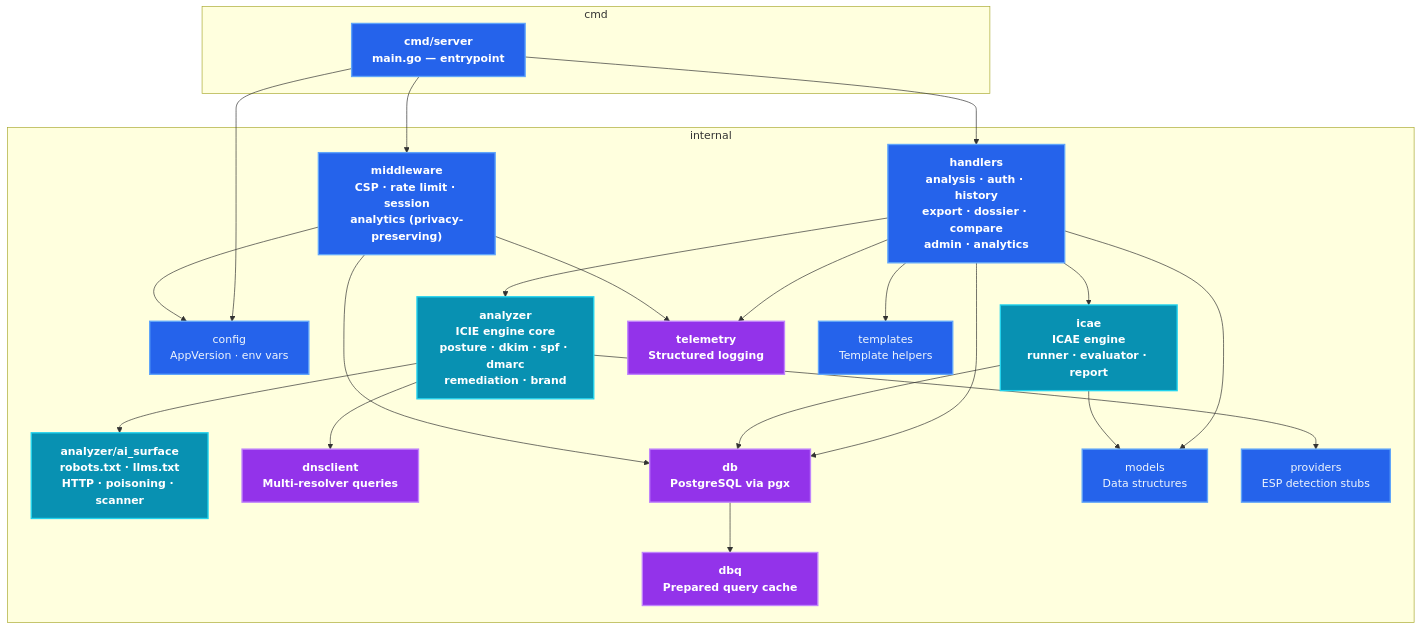
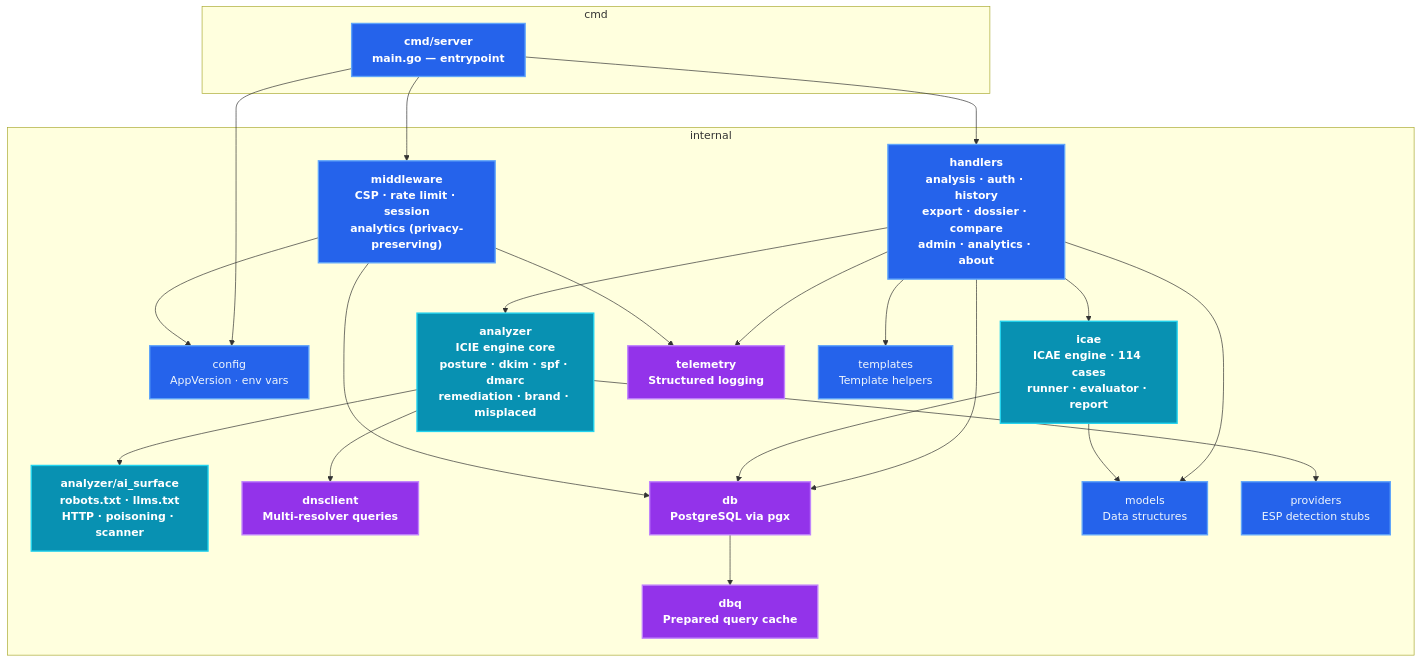
Before and after one commit to careyjames/DnsToolWeb: the eighth of 8 diagrams in docs/architecture/SYSTEM_ARCHITECTURE.md, drawn with Mermaid. The commit also changed other lines of this file and 5 other files, not shown here.

First line of the commit message:
Update website architecture and add new DMARC detection feature

````diff
--- a/docs/architecture/SYSTEM_ARCHITECTURE.md
+++ b/docs/architecture/SYSTEM_ARCHITECTURE.md
@@ -388,39 +466,39 @@
 ```mermaid
 graph TB
     subgraph "cmd"
         Server["cmd/server<br/>main.go — entrypoint"]
     end
 
     subgraph "internal"
         Config["config<br/>AppVersion · env vars"]
         Middleware["middleware<br/>CSP · rate limit · session<br/>analytics (privacy-preserving)"]
-        Handlers["handlers<br/>analysis · auth · history<br/>export · dossier · compare<br/>admin · analytics"]
-        Analyzer["analyzer<br/>ICIE engine core<br/>posture · dkim · spf · dmarc<br/>remediation · brand"]
+        Handlers["handlers<br/>analysis · auth · history<br/>export · dossier · compare<br/>admin · analytics · about"]
+        Analyzer["analyzer<br/>ICIE engine core<br/>posture · dkim · spf · dmarc<br/>remediation · brand · misplaced"]
         AISurface["analyzer/ai_surface<br/>robots.txt · llms.txt<br/>HTTP · poisoning · scanner"]
-        ICAE2["icae<br/>ICAE engine<br/>runner · evaluator · report"]
+        ICAE2["icae<br/>ICAE engine · 114 cases<br/>runner · evaluator · report"]
         DNSClient2["dnsclient<br/>Multi-resolver queries"]
         DB2["db<br/>PostgreSQL via pgx"]
         DBQ["dbq<br/>Prepared query cache"]
         Models["models<br/>Data structures"]
         Providers["providers<br/>ESP detection stubs"]
         Telemetry["telemetry<br/>Structured logging"]
         Templates3["templates<br/>Template helpers"]
     end
 
     Server --> Config & Middleware & Handlers
     Handlers --> Analyzer & ICAE2 & DB2 & Models & Templates3
     Analyzer --> DNSClient2 & Providers & AISurface
     ICAE2 --> DB2 & Models
     Handlers --> Telemetry
     DB2 --> DBQ
     Middleware --> Config & Telemetry & DB2
 
     classDef default fill:#2563eb,stroke:#60a5fa,stroke-width:2px,color:#f0f6fc
     classDef core fill:#2563eb,stroke:#60a5fa,stroke-width:2px,color:#fff,font-weight:bold
     classDef engine fill:#0891b2,stroke:#22d3ee,stroke-width:2px,color:#fff,font-weight:bold
     classDef infra fill:#9333ea,stroke:#c084fc,stroke-width:2px,color:#fff,font-weight:bold
     class Analyzer,AISurface,ICAE2 engine
     class Server,Handlers,Middleware core
     class DB2,DBQ,DNSClient2,Telemetry infra
     class Config,Models,Providers,Templates3 default
 ```
````
